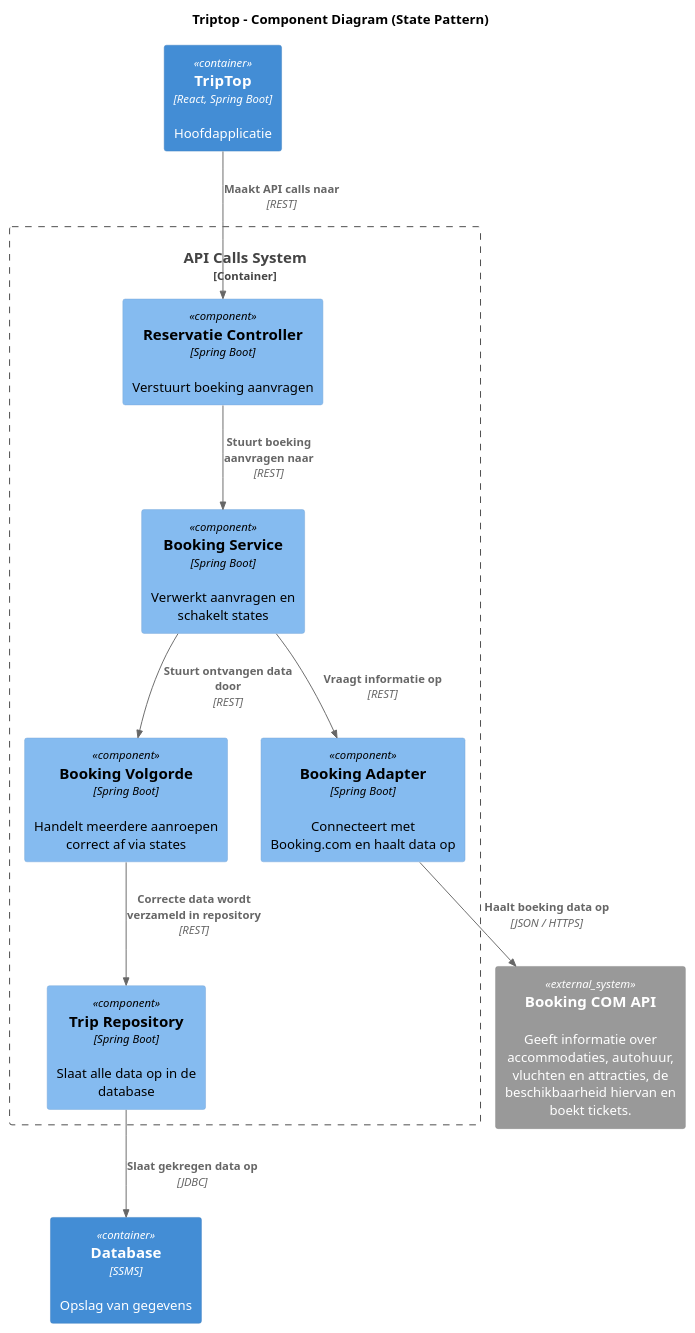
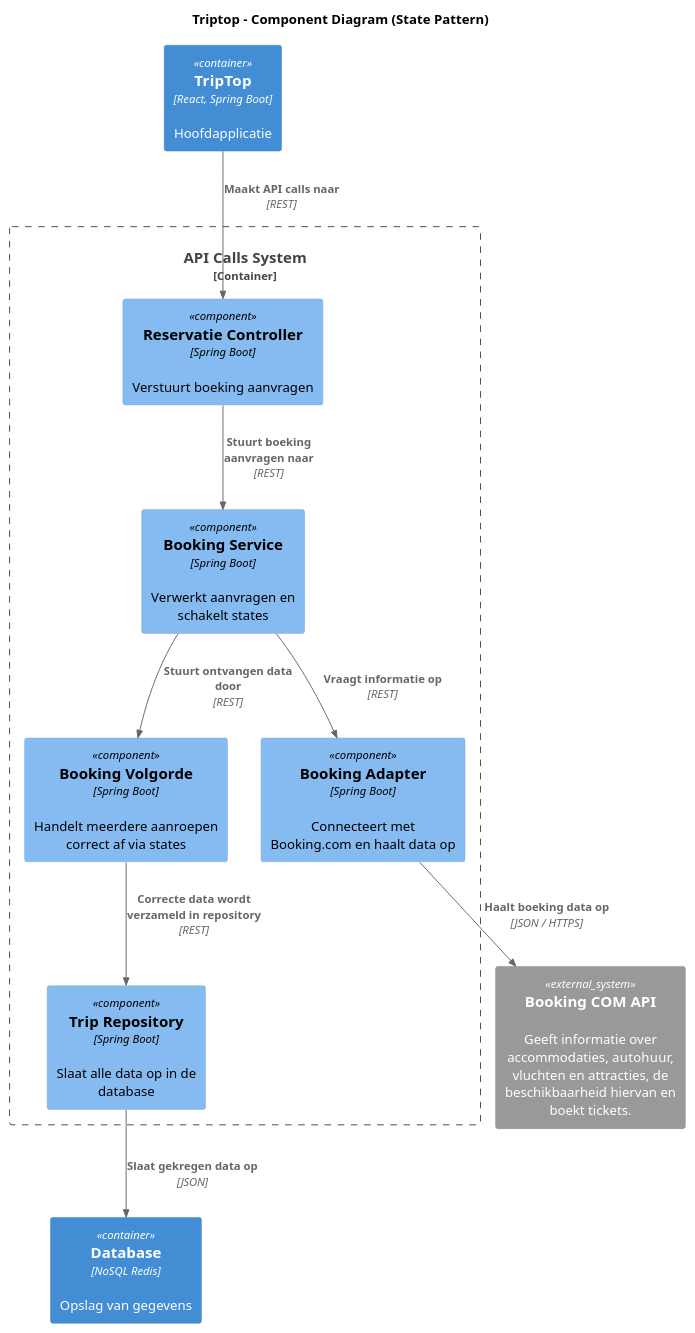
The diagram in opdracht-diagrammen/voorbereiding/les-04/finalComponent-diagram.puml (AIM-ENE-feb25/triptop-beca), drawn with PlantUML before and after one commit.

```diff
--- a/opdracht-diagrammen/voorbereiding/les-04/finalComponent-diagram.puml
+++ b/opdracht-diagrammen/voorbereiding/les-04/finalComponent-diagram.puml
@@ -1,26 +1,26 @@
 @startuml
 !include https://raw.githubusercontent.com/plantuml-stdlib/C4-PlantUML/master/C4_Component.puml
 
 title Triptop - Component Diagram (State Pattern)
 
 Container(trip_trop, "TripTop", "React, Spring Boot", "Hoofdapplicatie")
-Container(db, "Database", "SSMS", "Opslag van gegevens")
+Container(db, "Database", "NoSQL Redis", "Opslag van gegevens")
 System_Ext(overnachting_vervoer, "Booking COM API", "Geeft informatie over accommodaties, autohuur, vluchten en attracties, de beschikbaarheid hiervan en boekt tickets.")
 
 Container_Boundary(backend, "API Calls System") {
   Component(reservatie_controller, "Reservatie Controller", "Spring Boot", "Verstuurt boeking aanvragen")
   Component(booking_service, "Booking Service", "Spring Boot", "Verwerkt aanvragen en schakelt states")
   Component(booking_volgorde, "Booking Volgorde", "Spring Boot", "Handelt meerdere aanroepen correct af via states")
   Component(booking_adapter, "Booking Adapter", "Spring Boot", "Connecteert met Booking.com en haalt data op")
   Component(trip_repository, "Trip Repository", "Spring Boot", "Slaat alle data op in de database")
 
   Rel(trip_trop, reservatie_controller, "Maakt API calls naar", "REST")
   Rel(reservatie_controller, booking_service, "Stuurt boeking aanvragen naar", "REST")
   Rel(booking_service, booking_adapter, "Vraagt informatie op", "REST")
   Rel(booking_service, booking_volgorde, "Stuurt ontvangen data door", "REST")
   Rel(booking_volgorde, trip_repository, "Correcte data wordt verzameld in repository", "REST")
-  Rel(trip_repository, db, "Slaat gekregen data op", "JDBC")
+  Rel(trip_repository, db, "Slaat gekregen data op", "JSON")
   Rel(booking_adapter, overnachting_vervoer, "Haalt boeking data op", "JSON / HTTPS")
 }
 
 @enduml
```
